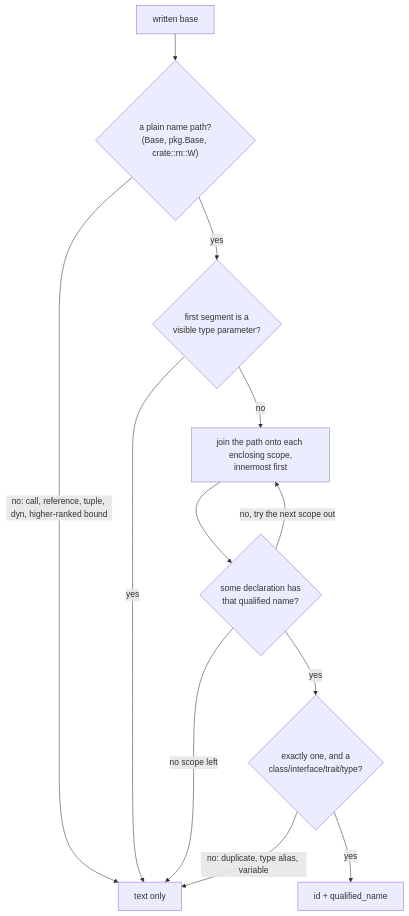
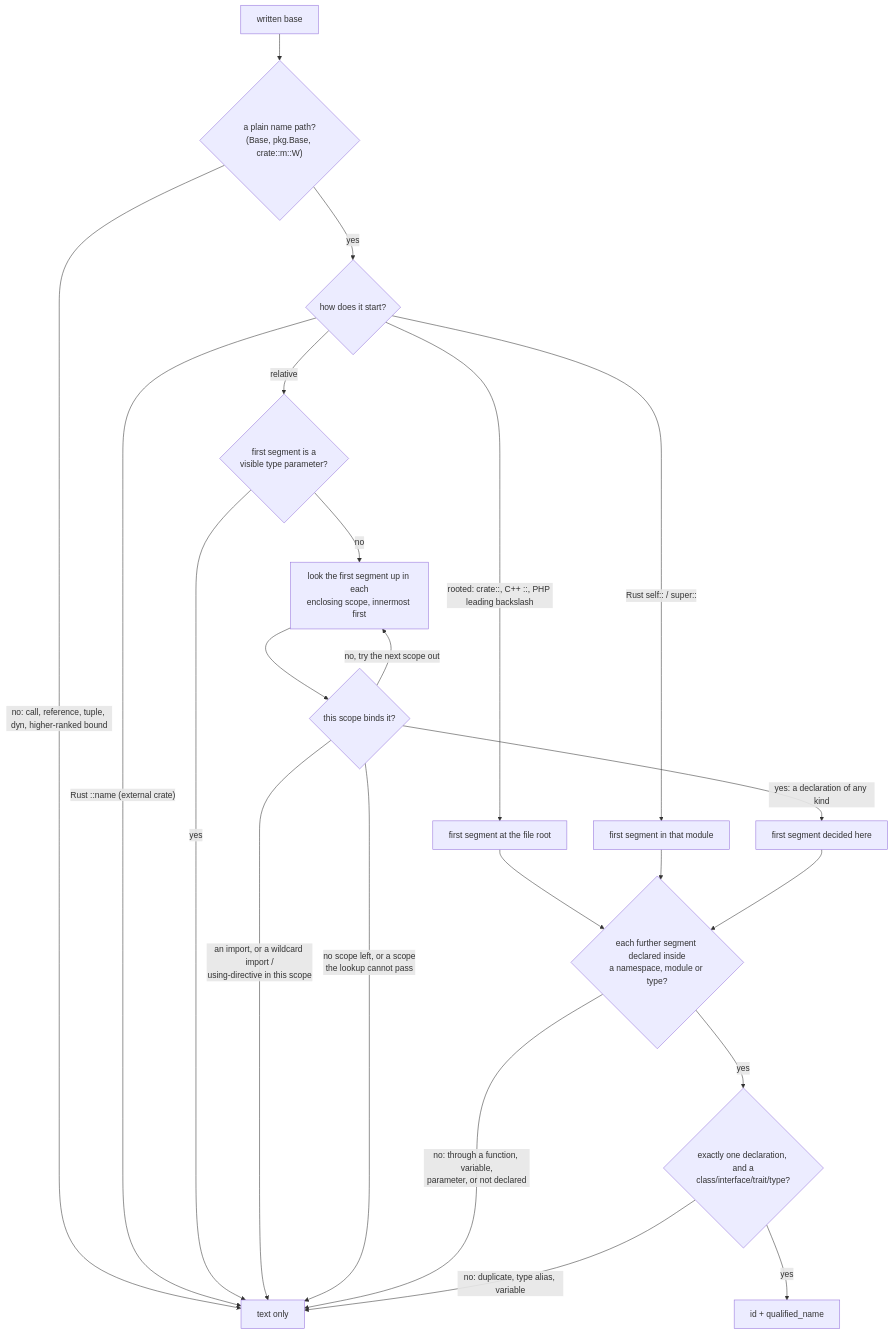
The diagram in tree-hugger/docs/type-relations.md (yankeeinlondon/rusty-biscuit), drawn with Mermaid before and after one commit. The commit also changed other lines of this file and 4 other files, not shown here.

First line of the commit message:
docs(tree-hugger): document schema 4.2 relation facets

````diff
--- a/tree-hugger/docs/type-relations.md
+++ b/tree-hugger/docs/type-relations.md
@@ -71,14 +75,24 @@
 ```mermaid
 flowchart TD
     W["written base"] --> P{"a plain name path?<br/>(Base, pkg.Base, crate::m::W)"}
     P -- "no: call, reference, tuple, dyn, higher-ranked bound" --> U["text only"]
-    P -- yes --> T{"first segment is a<br/>visible type parameter?"}
+    P -- yes --> A{"how does it start?"}
+    A -- "Rust ::name (external crate)" --> U
+    A -- "rooted: crate::, C++ ::, PHP leading backslash" --> G["first segment at the file root"]
+    A -- "Rust self:: / super::" --> M["first segment in that module"]
+    A -- relative --> T{"first segment is a<br/>visible type parameter?"}
     T -- yes --> U
-    T -- no --> S["join the path onto each enclosing scope,<br/>innermost first"]
-    S --> F{"some declaration has<br/>that qualified name?"}
-    F -- "no, try the next scope out" --> S
-    F -- "no scope left" --> U
-    F -- yes --> E{"exactly one, and a<br/>class/interface/trait/type?"}
+    T -- no --> S["look the first segment up in each<br/>enclosing scope, innermost first"]
+    S --> B{"this scope binds it?"}
+    B -- "an import, or a wildcard import /<br/>using-directive in this scope" --> U
+    B -- "no, try the next scope out" --> S
+    B -- "no scope left, or a scope<br/>the lookup cannot pass" --> U
+    B -- "yes: a declaration of any kind" --> G2["first segment decided here"]
+    G --> R2
+    M --> R2
+    G2 --> R2{"each further segment declared inside<br/>a namespace, module or type?"}
+    R2 -- "no: through a function, variable,<br/>parameter, or not declared" --> U
+    R2 -- yes --> E{"exactly one declaration, and a<br/>class/interface/trait/type?"}
     E -- yes --> R["id + qualified_name"]
     E -- "no: duplicate, type alias, variable" --> U
 ```
````
